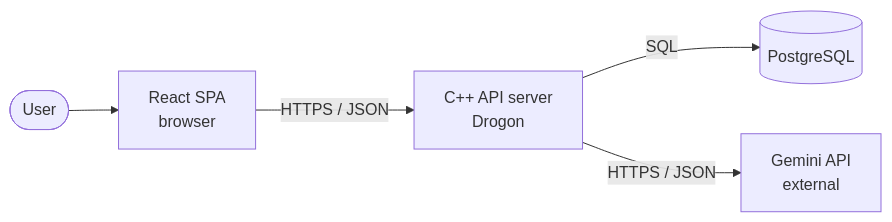
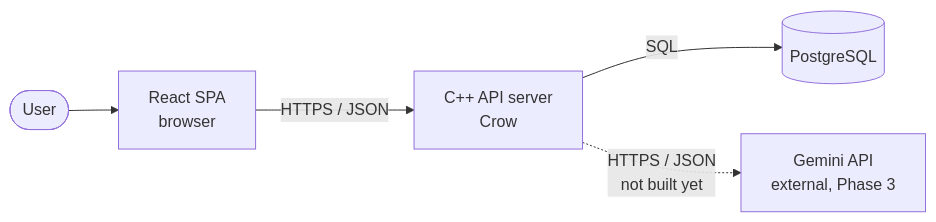
The first of 3 diagrams in docs/04-architecture.md (itaim900/Kinetiq), drawn with Mermaid before and after one commit. The commit also changed other lines of this file, not shown here.

First line of the commit message:
docs: correct system architecture doc against actual implementation

````diff
--- a/docs/04-architecture.md
+++ b/docs/04-architecture.md
@@ -15,13 +18,13 @@
 ```mermaid
 flowchart LR
     User([User])
     SPA[React SPA<br/>browser]
-    API[C++ API server<br/>Drogon]
+    API[C++ API server<br/>Crow]
     DB[(PostgreSQL)]
-    LLM[Gemini API<br/>external]
+    LLM[Gemini API<br/>external, Phase 3]
 
     User --> SPA
     SPA -- HTTPS / JSON --> API
     API -- SQL --> DB
-    API -- HTTPS / JSON --> LLM
+    API -. HTTPS / JSON<br/>not built yet .-> LLM
 ```
````
